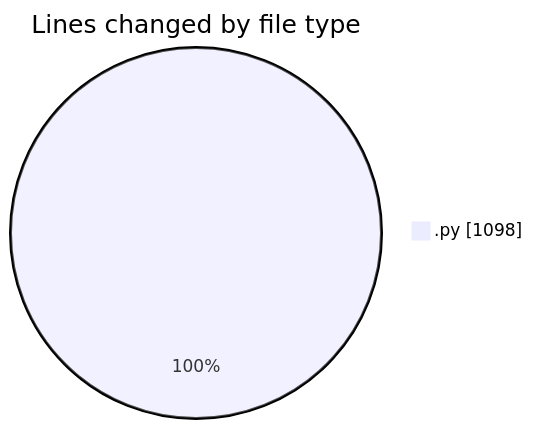
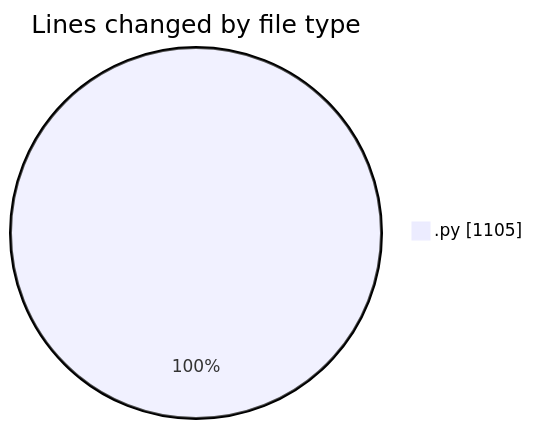
Before and after one commit to FelipKnott/code-tracking: the first of 2 diagrams in 2025-07-02/cursor/README.md, drawn with Mermaid. The commit also changed other lines of this file and 1 other file, not shown here.

````diff
--- a/2025-07-02/cursor/README.md
+++ b/2025-07-02/cursor/README.md
@@ -23,5 +23,5 @@
 ```mermaid
 pie showData
 title Lines changed by file type
-".py" : 1098
+".py" : 1105
 ```
````
